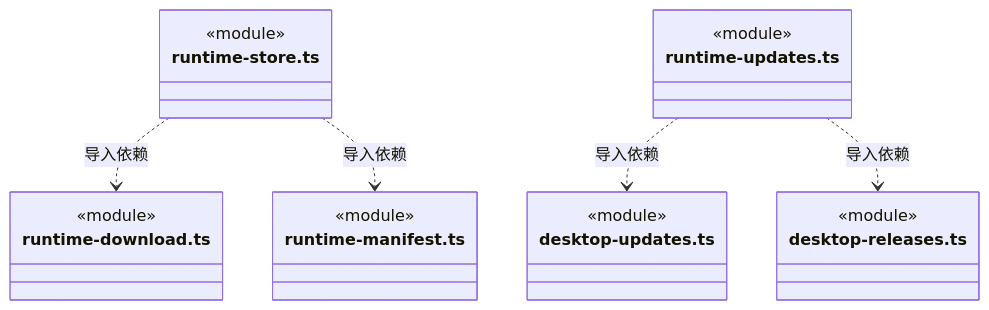
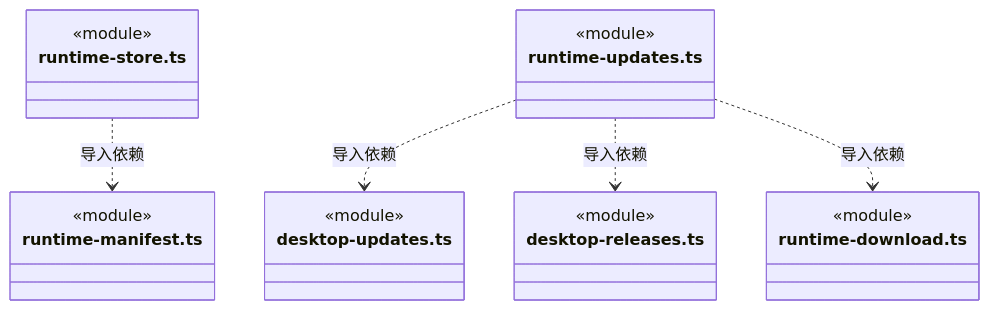
Diagram 22 of 23 in src/logic/updates/service/ARCHITECTURE.md (nan023062/cbim), drawn with Mermaid before and after one commit. The commit also changed other lines of this file and 37 other files, not shown here.

````diff
--- a/src/logic/updates/service/ARCHITECTURE.md
+++ b/src/logic/updates/service/ARCHITECTURE.md
@@ -445,25 +505,25 @@
 ```mermaid
 classDiagram
 class N_src_logic_updates_service_runtime_store_ts["runtime-store.ts"] {
-  <<module>>
-}
-class N_src_logic_updates_service_runtime_download_ts["runtime-download.ts"] {
   <<module>>
 }
 class N_src_logic_updates_service_runtime_manifest_ts["runtime-manifest.ts"] {
   <<module>>
 }
 class N_src_logic_updates_service_runtime_updates_ts["runtime-updates.ts"] {
   <<module>>
 }
 class N_src_logic_updates_service_desktop_updates_ts["desktop-updates.ts"] {
   <<module>>
 }
 class N_src_logic_updates_service_desktop_releases_ts["desktop-releases.ts"] {
   <<module>>
 }
-N_src_logic_updates_service_runtime_store_ts ..> N_src_logic_updates_service_runtime_download_ts : 导入依赖
+class N_src_logic_updates_service_runtime_download_ts["runtime-download.ts"] {
+  <<module>>
+}
 N_src_logic_updates_service_runtime_store_ts ..> N_src_logic_updates_service_runtime_manifest_ts : 导入依赖
 N_src_logic_updates_service_runtime_updates_ts ..> N_src_logic_updates_service_desktop_updates_ts : 导入依赖
 N_src_logic_updates_service_runtime_updates_ts ..> N_src_logic_updates_service_desktop_releases_ts : 导入依赖
+N_src_logic_updates_service_runtime_updates_ts ..> N_src_logic_updates_service_runtime_download_ts : 导入依赖
 ```
````
